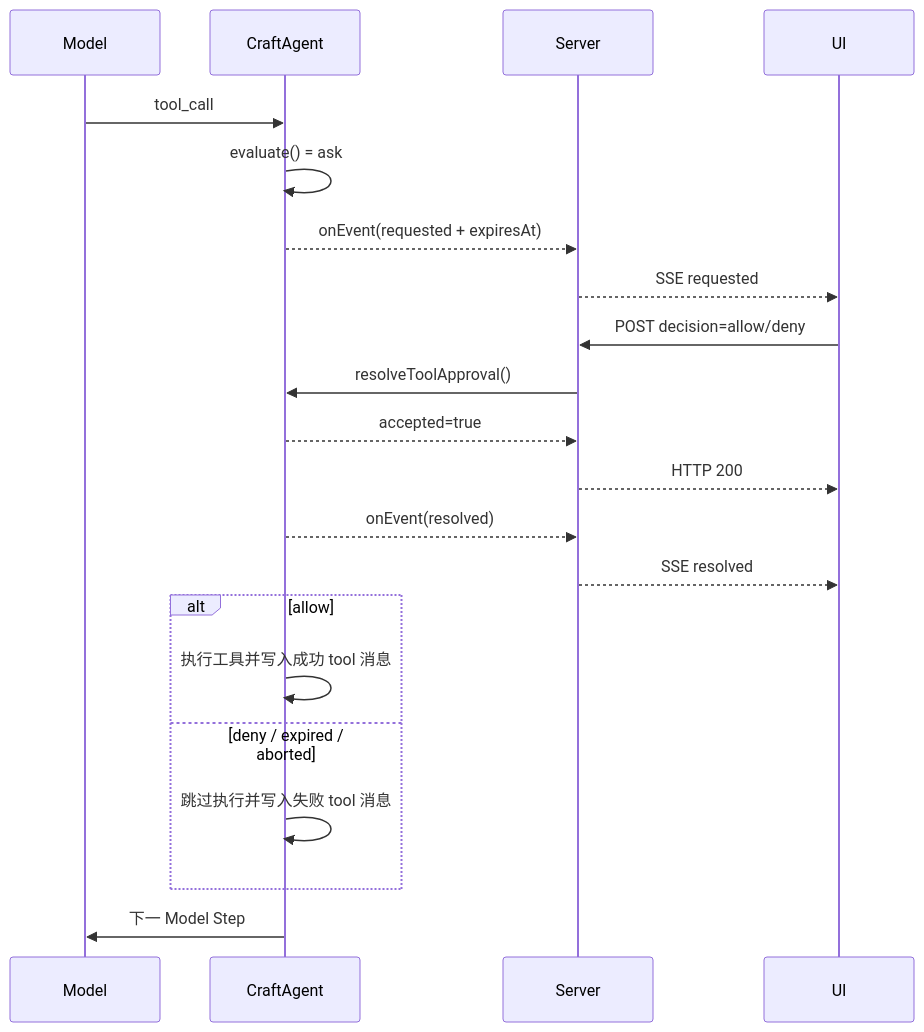
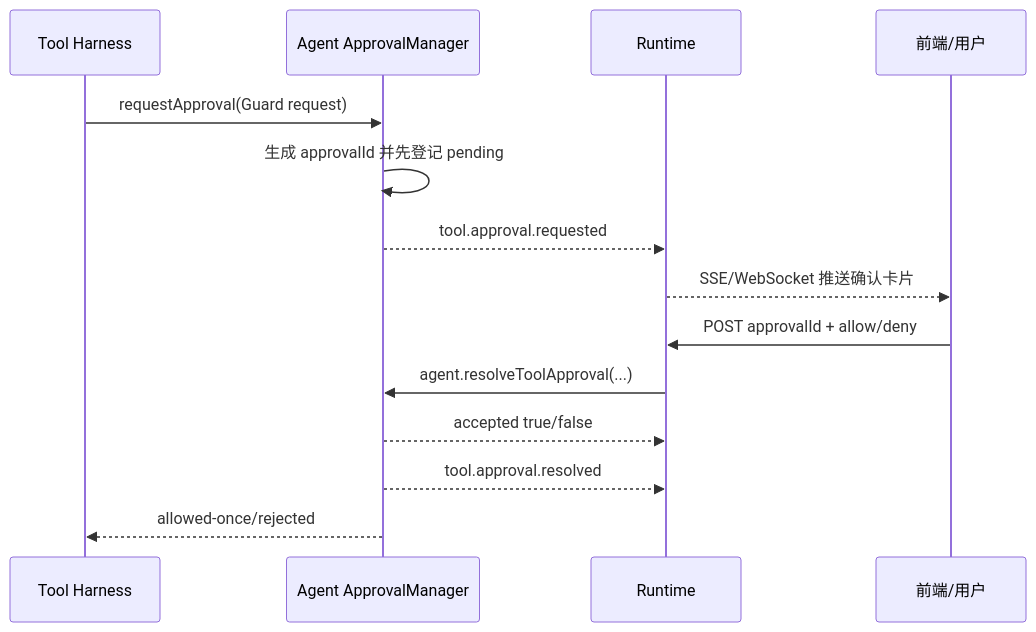
The second of 2 diagrams in docs/learning/tool-approval-flow.md (AlbertE1990/crafteHarness), drawn with Mermaid before and after one commit. The commit also changed other lines of this file and 48 other files, not shown here.

````diff
--- a/docs/learning/tool-approval-flow.md
+++ b/docs/learning/tool-approval-flow.md
@@ -307,24 +209,17 @@
 ```mermaid
 sequenceDiagram
-  participant M as Model
-  participant A as CraftAgent
-  participant S as Server
-  participant U as UI
+  participant H as Tool Harness
+  participant A as Agent ApprovalManager
+  participant R as Runtime
+  participant U as 前端/用户
 
-  M->>A: tool_call
-  A->>A: evaluate() = ask
-  A-->>S: onEvent(requested + expiresAt)
-  S-->>U: SSE requested
-  U->>S: POST decision=allow/deny
-  S->>A: resolveToolApproval()
-  A-->>S: accepted=true
-  S-->>U: HTTP 200
-  A-->>S: onEvent(resolved)
-  S-->>U: SSE resolved
-  alt allow
-    A->>A: 执行工具并写入成功 tool 消息
-  else deny / expired / aborted
-    A->>A: 跳过执行并写入失败 tool 消息
-  end
-  A->>M: 下一 Model Step
+  H->>A: requestApproval(Guard request)
+  A->>A: 生成 approvalId 并先登记 pending
+  A-->>R: tool.approval.requested
+  R-->>U: SSE/WebSocket 推送确认卡片
+  U->>R: POST approvalId + allow/deny
+  R->>A: agent.resolveToolApproval(...)
+  A-->>R: accepted true/false
+  A-->>R: tool.approval.resolved
+  A-->>H: allowed-once/rejected
 ```
````
